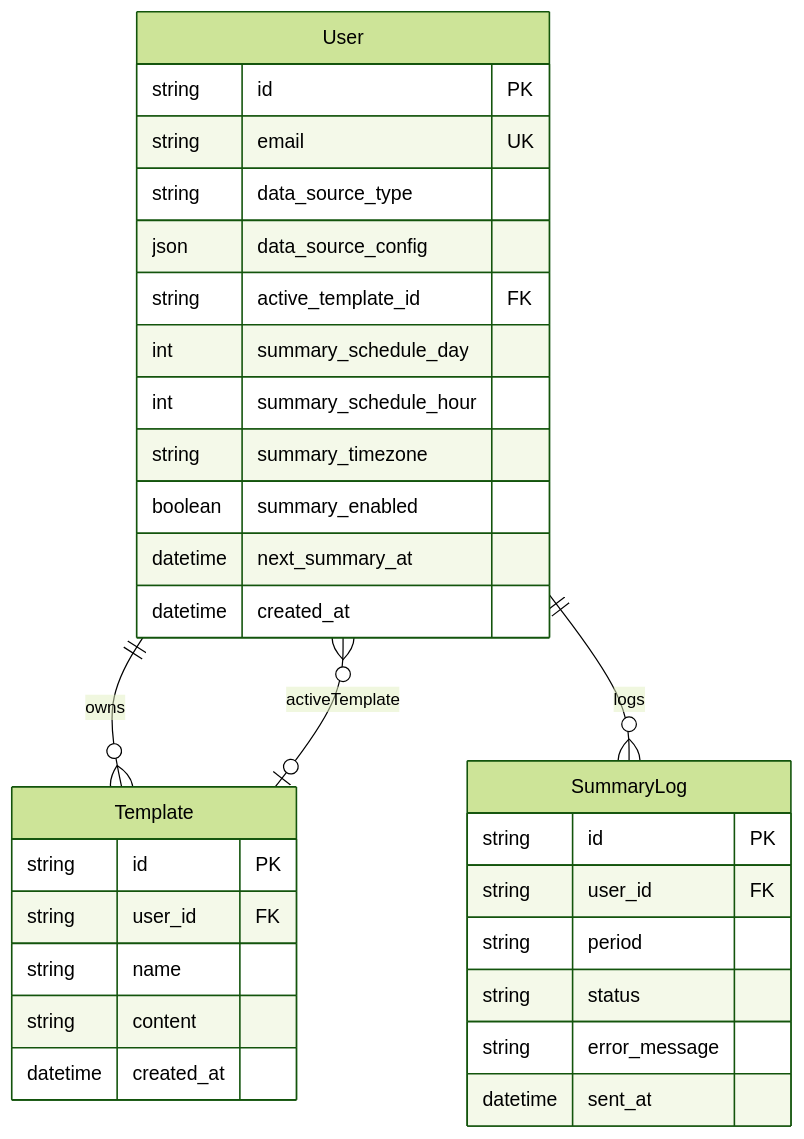
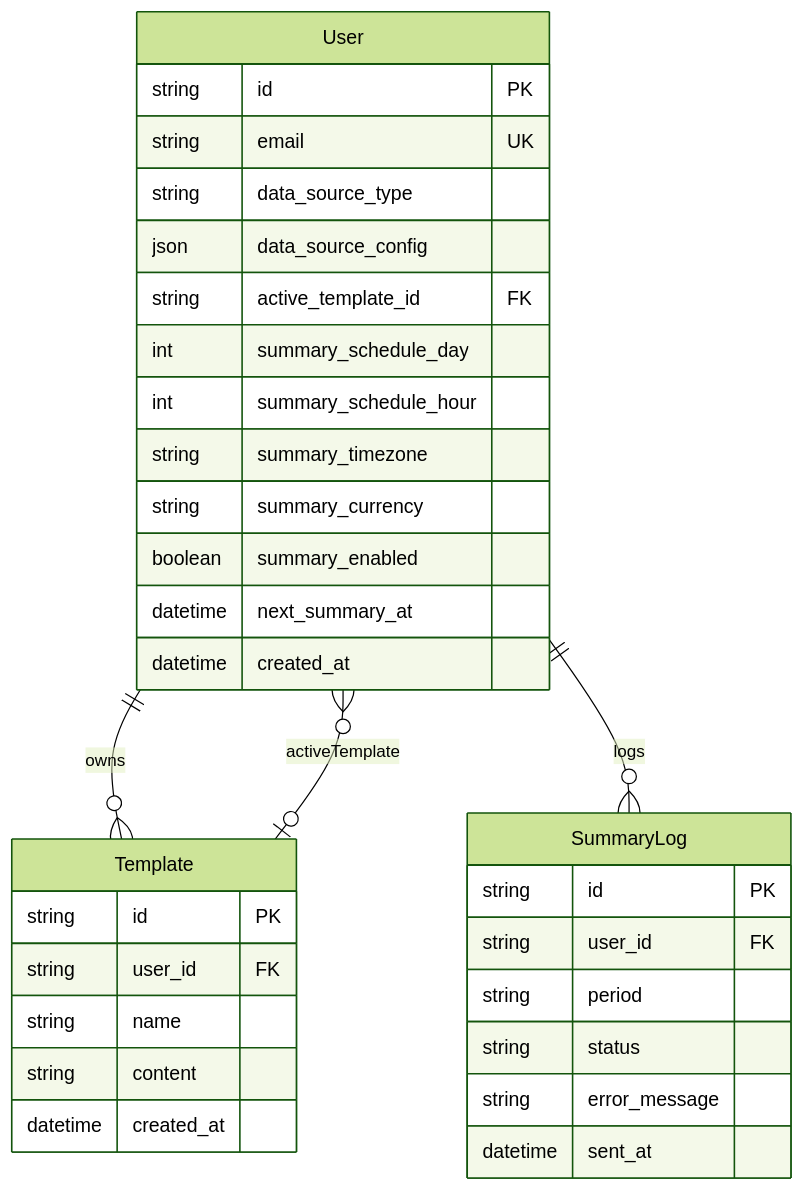
One commit to PatrykS-ORG/expenses-tracking-backend changed the diagram in docs/database.md. Above: the diagram before and after it, drawn with Mermaid (forest theme). The commit also changed other lines of this file and 18 other files, not shown here.

````diff
--- a/docs/database.md
+++ b/docs/database.md
@@ -112,34 +113,35 @@
 ```mermaid
 erDiagram
   User ||--o{ Template : owns
   User }o--o| Template : activeTemplate
   User ||--o{ SummaryLog : logs
   User {
     string id PK
     string email UK
     string data_source_type
     json data_source_config
     string active_template_id FK
     int summary_schedule_day
     int summary_schedule_hour
     string summary_timezone
+    string summary_currency
     boolean summary_enabled
     datetime next_summary_at
     datetime created_at
   }
   Template {
     string id PK
     string user_id FK
     string name
     string content
     datetime created_at
   }
   SummaryLog {
     string id PK
     string user_id FK
     string period
     string status
     string error_message
     datetime sent_at
   }
 ```
````
